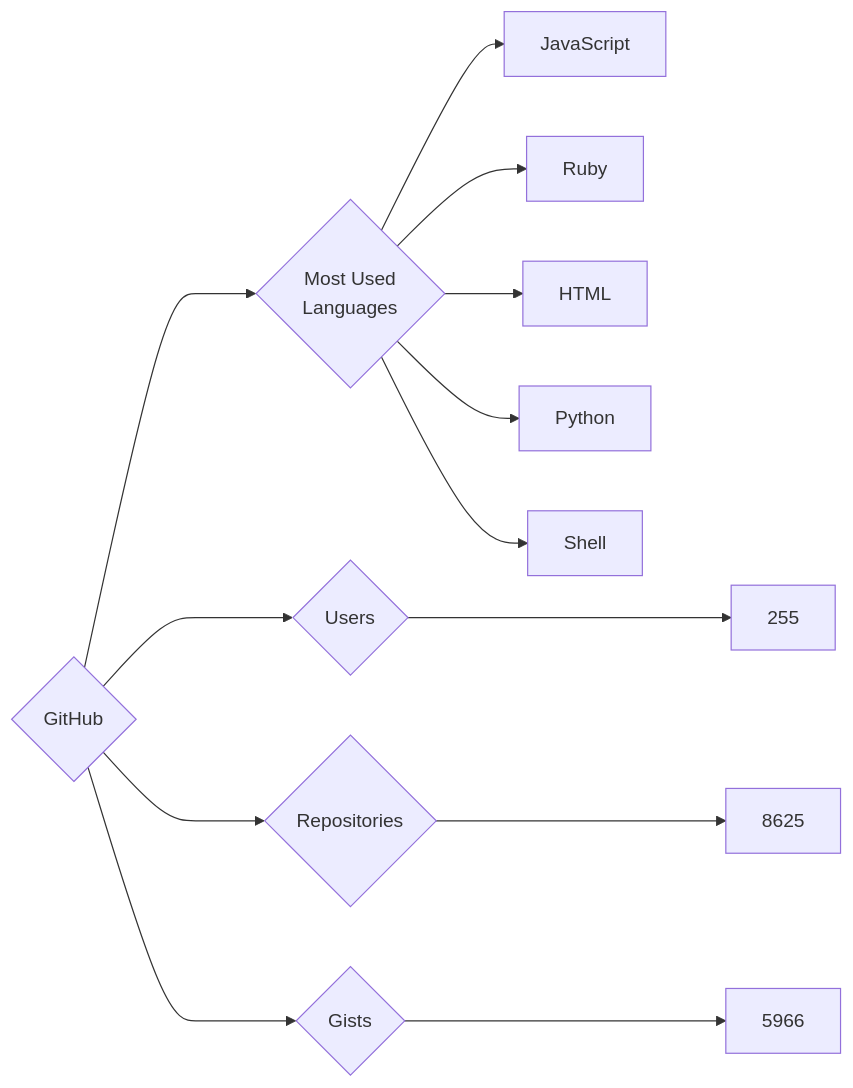
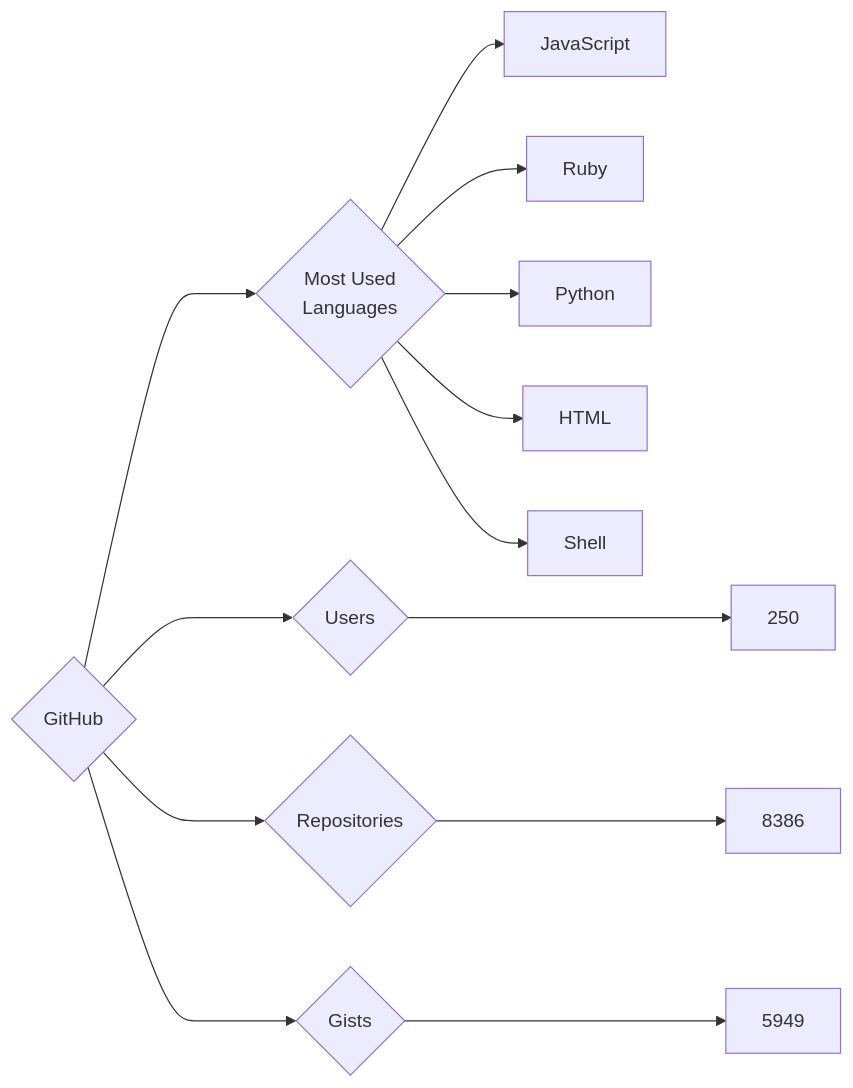
The diagram in targets/GitHub/README.md (trickest/insiders), drawn with Mermaid before and after one commit. The commit also changed 777 other files, not shown here.

````diff
--- a/targets/GitHub/README.md
+++ b/targets/GitHub/README.md
@@ -3,13 +3,13 @@
 ```mermaid
 graph LR
 COMPANY_NAME{GitHub}
-COMPANY_NAME ---> U{Users} ---> UN[255]
-COMPANY_NAME ---> R{Repositories} ---> RN[8625]
-COMPANY_NAME ---> G{Gists} ---> GN[5966]
+COMPANY_NAME ---> U{Users} ---> UN[250]
+COMPANY_NAME ---> R{Repositories} ---> RN[8386]
+COMPANY_NAME ---> G{Gists} ---> GN[5949]
 COMPANY_NAME ---> ML{Most Used<br>Languages}
 ML --> JavaScript[JavaScript]
 ML --> Ruby[Ruby]
+ML --> Python[Python]
 ML --> HTML[HTML]
-ML --> Python[Python]
 ML --> Shell[Shell]
 ```
````
